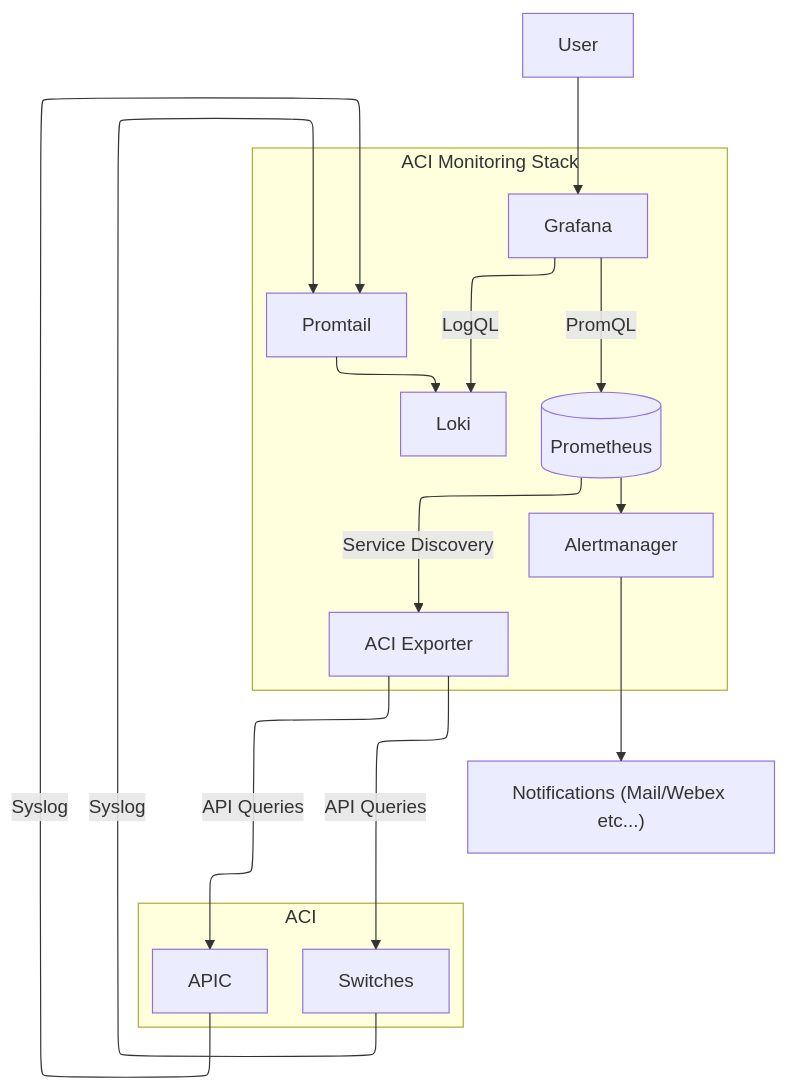
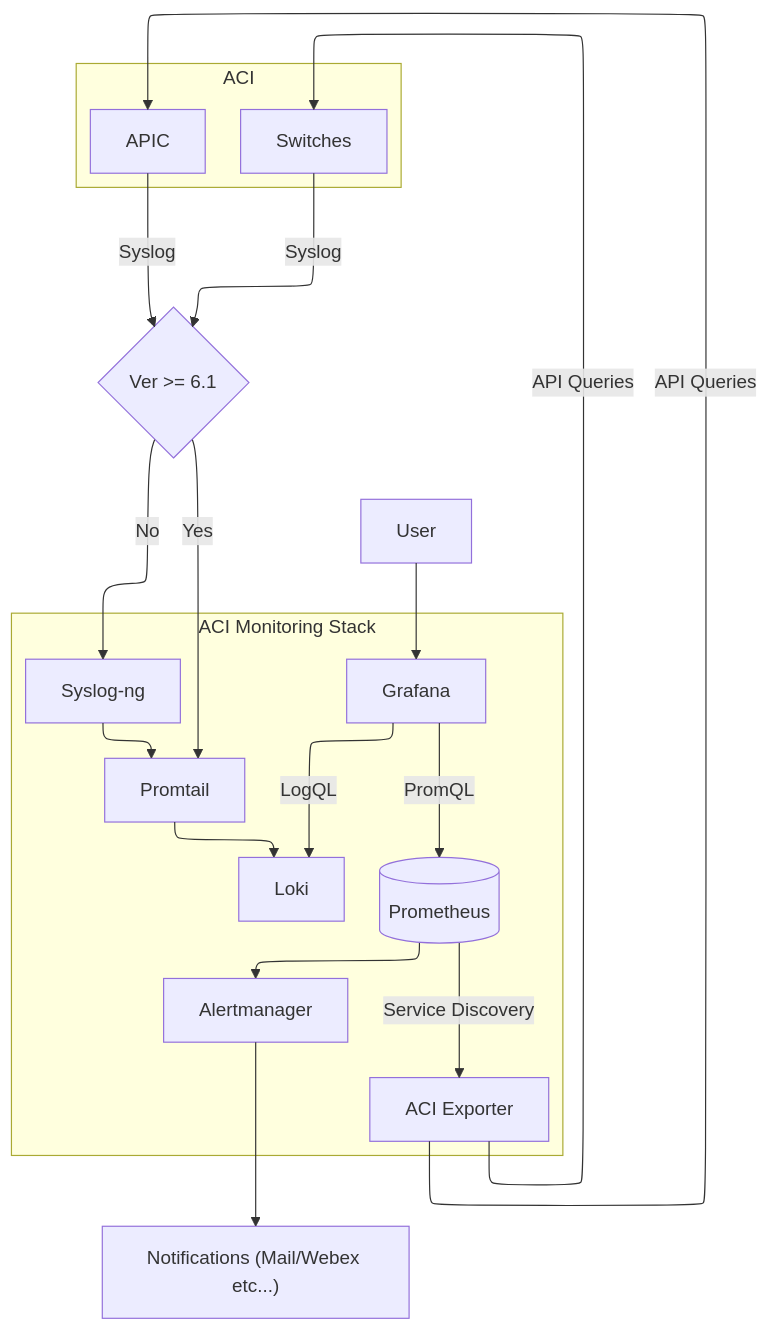
One commit to datacenter/aci-monitoring-stack changed the diagram in README.md. Above: the diagram before and after it, drawn with Mermaid. The commit also changed other lines of this file and 15 other files, not shown here.

````diff
--- a/README.md
+++ b/README.md
@@ -22,28 +23,33 @@
 ```mermaid
 flowchart-elk
   subgraph ACI Monitoring Stack
     G["Grafana"]
     P[("Prometheus")]
     L["Loki"]
     PT["Promtail"]
+    SL["Syslog-ng"]
     AM["Alertmanager"]
     A["ACI Exporter"]
     G--"PromQL"-->P
     G--"LogQL"-->L
     P-->AM
     PT-->L
+    SL-->PT
     P--"Service Discovery"-->A
   end
   subgraph ACI
     S["Switches"]
     APIC["APIC"]
   end
+  U["User"]
+  N["Notifications (Mail/Webex etc...)"]
+  V{Ver >= 6.1}
   A--"API Queries"-->S
   A--"API Queries"-->APIC
-  S--"Syslog"-->PT
-  APIC--"Syslog"-->PT
-  U["User"]
-  N["Notifications (Mail/Webex etc...)"]
   U-->G
   AM-->N
+  S--"Syslog"-->V
+  APIC--"Syslog"-->V
+  V -->|Yes| PT
+  V -->|No| SL
 ```
````
